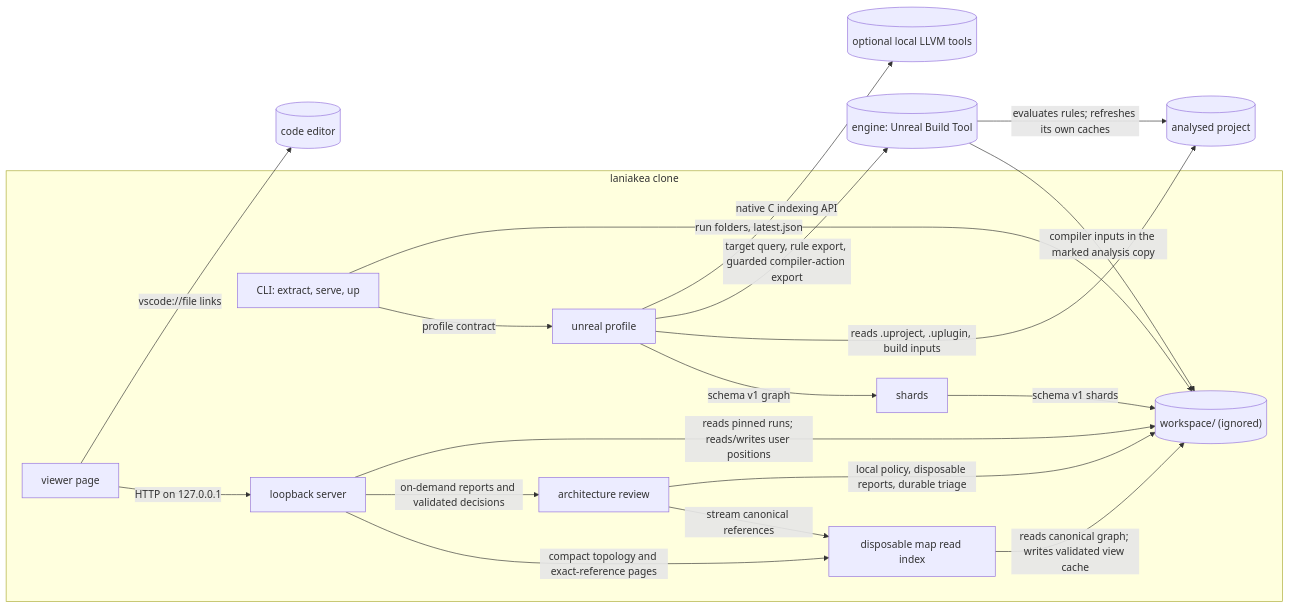
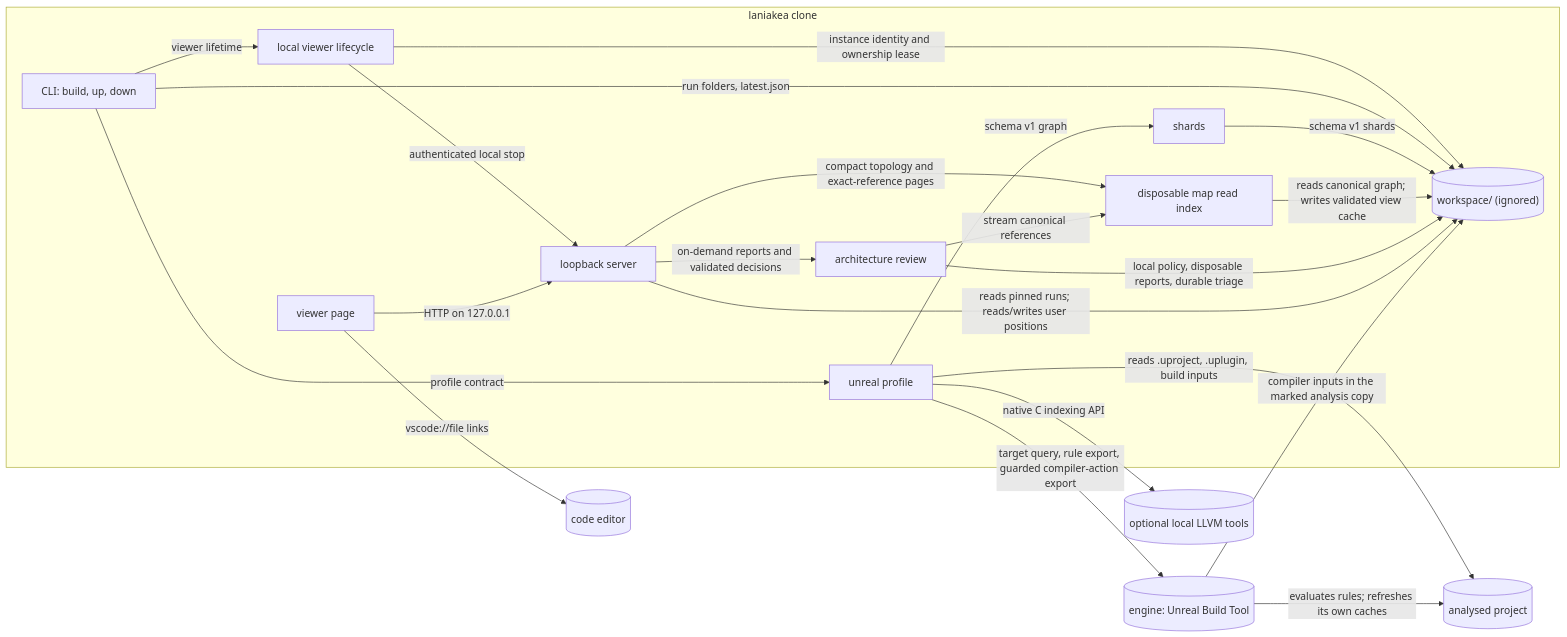
The diagram in docs/architecture/diagrams/main.md (6r0m/laniakea), drawn with Mermaid before and after one commit. The commit also changed 23 other files, not shown here.

First line of the commit message:
Split build and serve into separate commands with owned viewer shutdown

````diff
--- a/docs/architecture/diagrams/main.md
+++ b/docs/architecture/diagrams/main.md
@@ -6,22 +6,25 @@
 ```mermaid
 flowchart LR
     subgraph laniakea["laniakea clone"]
-        CLI["CLI: extract, serve, up"] -->|"profile contract"| Profile["unreal profile"]
+        CLI["CLI: build, up, down"] -->|"profile contract"| Profile["unreal profile"]
+        CLI -->|"viewer lifetime"| Lifecycle["local viewer lifecycle"]
+        Lifecycle -->|"instance identity and ownership lease"| Workspace
+        Lifecycle -->|"authenticated local stop"| Server
         CLI -->|"run folders, latest.json"| Workspace[("workspace/ (ignored)")]
         Profile -->|"schema v1 graph"| Shards["shards"]
         Shards -->|"schema v1 shards"| Workspace
         MapIndex["disposable map read index"] -->|"reads canonical graph; writes validated view cache"| Workspace
         Server -->|"compact topology and exact-reference pages"| MapIndex
         Server -->|"on-demand reports and validated decisions"| Review["architecture review"]
         Review -->|"stream canonical references"| MapIndex
         Review -->|"local policy, disposable reports, durable triage"| Workspace
         Server["loopback server"] -->|"reads pinned runs; reads/writes user positions"| Workspace
         Viewer["viewer page"] -->|"HTTP on 127.0.0.1"| Server
     end
     Profile -->|"reads .uproject, .uplugin, build inputs"| Project[("analysed project")]
     Profile -->|"target query, rule export, guarded compiler-action export"| UBT[("engine: Unreal Build Tool")]
     Profile -->|"native C indexing API"| LLVM[("optional local LLVM tools")]
     UBT -->|"evaluates rules; refreshes its own caches"| Project
     UBT -->|"compiler inputs in the marked analysis copy"| Workspace
     Viewer -->|"vscode://file links"| Editor[("code editor")]
 ```
````
